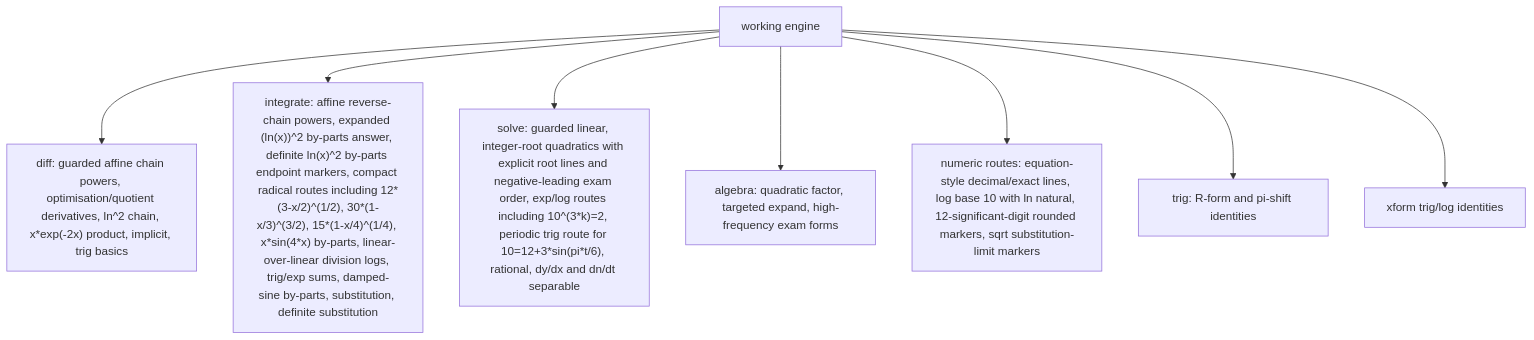
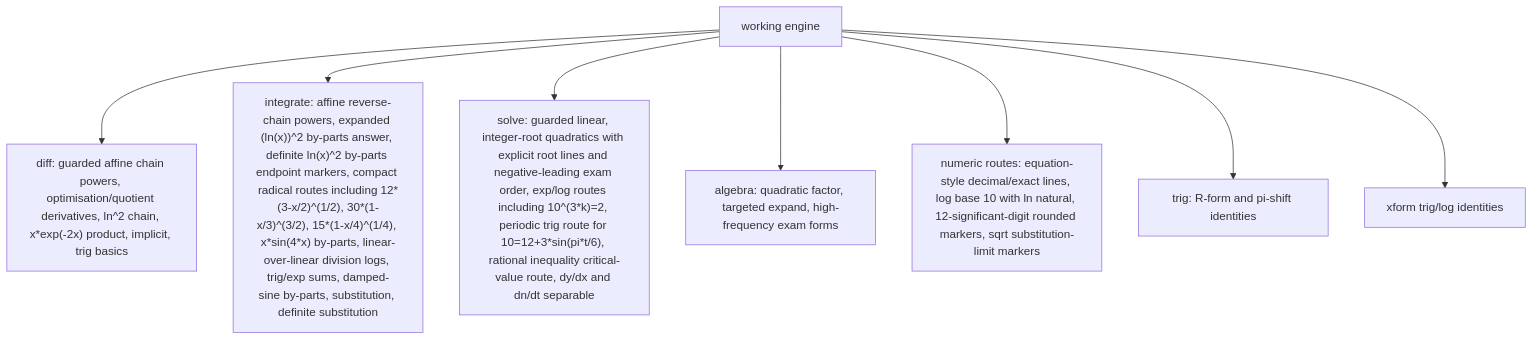
Before and after one commit to james8464/notes-addin-casio-fx-cg50: the third of 6 diagrams in docs/GRAPH.md, drawn with Mermaid. The commit also changed other lines of this file and 4 other files, not shown here.

````diff
--- a/docs/GRAPH.md
+++ b/docs/GRAPH.md
@@ -36,10 +36,10 @@
 ```mermaid
 graph TD
   Work["working engine"] --> Diff["diff: guarded affine chain powers, optimisation/quotient derivatives, ln^2 chain, x*exp(-2x) product, implicit, trig basics"]
   Work --> Int["integrate: affine reverse-chain powers, expanded (ln(x))^2 by-parts answer, definite ln(x)^2 by-parts endpoint markers, compact radical routes including 12*(3-x/2)^(1/2), 30*(1-x/3)^(3/2), 15*(1-x/4)^(1/4), x*sin(4*x) by-parts, linear-over-linear division logs, trig/exp sums, damped-sine by-parts, substitution, definite substitution"]
-  Work --> Solve["solve: guarded linear, integer-root quadratics with explicit root lines and negative-leading exam order, exp/log routes including 10^(3*k)=2, periodic trig route for 10=12+3*sin(pi*t/6), rational, dy/dx and dn/dt separable"]
+  Work --> Solve["solve: guarded linear, integer-root quadratics with explicit root lines and negative-leading exam order, exp/log routes including 10^(3*k)=2, periodic trig route for 10=12+3*sin(pi*t/6), rational inequality critical-value route, dy/dx and dn/dt separable"]
   Work --> Alg["algebra: quadratic factor, targeted expand, high-frequency exam forms"]
   Work --> Num["numeric routes: equation-style decimal/exact lines, log base 10 with ln natural, 12-significant-digit rounded markers, sqrt substitution-limit markers"]
   Work --> Trig["trig: R-form and pi-shift identities"]
   Work --> Xform["xform trig/log identities"]
 ```
````
